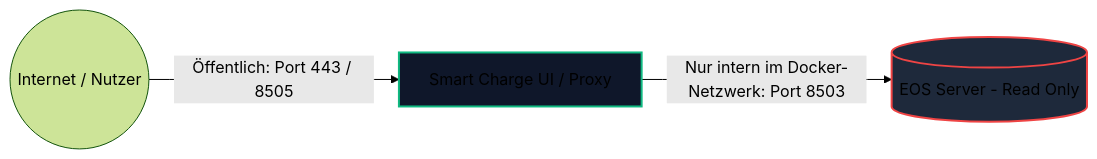
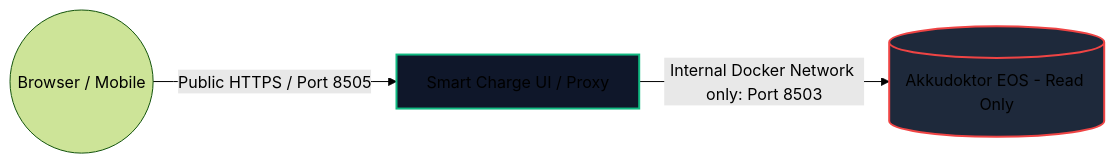
One commit to JanST123/stromtief changed the diagram in README.md. Above: the diagram before and after it, drawn with Mermaid (forest theme). The commit also changed other lines of this file, not shown here.

````diff
--- a/README.md
+++ b/README.md
@@ -25,7 +29,7 @@
 ```mermaid
 flowchart LR
-    Internet((Internet / Nutzer)) -->|Öffentlich: Port 443 / 8505| UI[Smart Charge UI / Proxy]
-    UI -->|Nur intern im Docker-Netzwerk: Port 8503| EOS[(EOS Server - Read Only)]
+    User((Browser / Mobile)) -->|Public HTTPS / Port 8505| UI[Smart Charge UI / Proxy]
+    UI -->|Internal Docker Network only: Port 8503| EOS[(Akkudoktor EOS - Read Only)]
     style EOS fill:#1e293b,stroke:#ef4444,stroke-width:2px
     style UI fill:#0f172a,stroke:#10b981,stroke-width:2px
 ```
````
